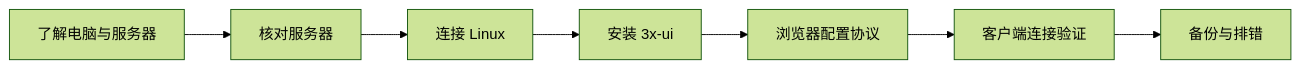
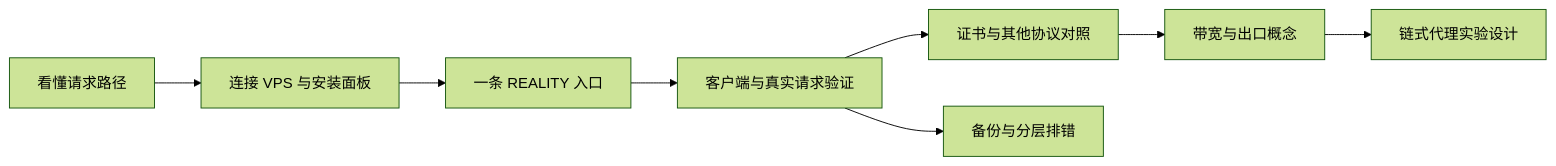
Before and after one commit to Tycalwayslove/vps-tutorial: the diagram in 00-导航/学习路线.md, drawn with Mermaid (forest theme). The commit also changed other lines of this file and 26 other files, not shown here.

````diff
--- a/00-导航/学习路线.md
+++ b/00-导航/学习路线.md
@@ -7,9 +7,10 @@
 ```mermaid
 flowchart LR
-  A[了解电脑与服务器] --> B[核对服务器]
-  B --> C[连接 Linux]
-  C --> D[安装 3x-ui]
-  D --> E[浏览器配置协议]
-  E --> F[客户端连接验证]
-  F --> G[备份与排错]
+  A[看懂请求路径] --> B[连接 VPS 与安装面板]
+  B --> C[一条 REALITY 入口]
+  C --> D[客户端与真实请求验证]
+  D --> E[证书与其他协议对照]
+  D --> F[备份与分层排错]
+  E --> G[带宽与出口概念]
+  G --> H[链式代理实验设计]
 ```
````
